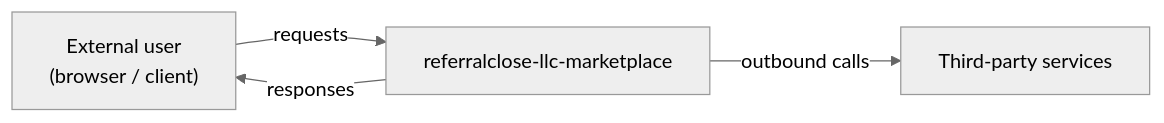
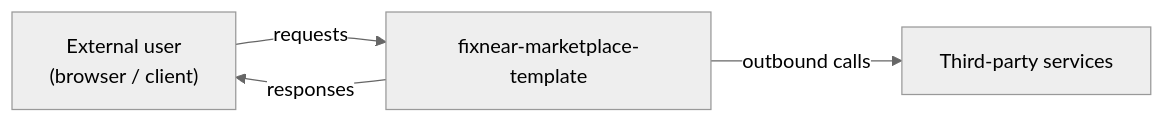
One commit to mhklogs/fixnear-marketplace-template changed the first of 2 diagrams in documents/04-data-flow-diagram.md. Above: the diagram before and after it, drawn with Mermaid (neutral theme). The commit also changed other lines of this file and 31 other files, not shown here.

````diff
--- a/documents/04-data-flow-diagram.md
+++ b/documents/04-data-flow-diagram.md
@@ -10,6 +10,6 @@
 ```mermaid
 flowchart LR
-    U["External user<br/>(browser / client)"] -->|"requests"| S["referralclose-llc-marketplace"]
+    U["External user<br/>(browser / client)"] -->|"requests"| S["fixnear-marketplace-template"]
     S -->|"responses"| U
     S -->|"outbound calls"| X["Third-party services"]
 ```
````
